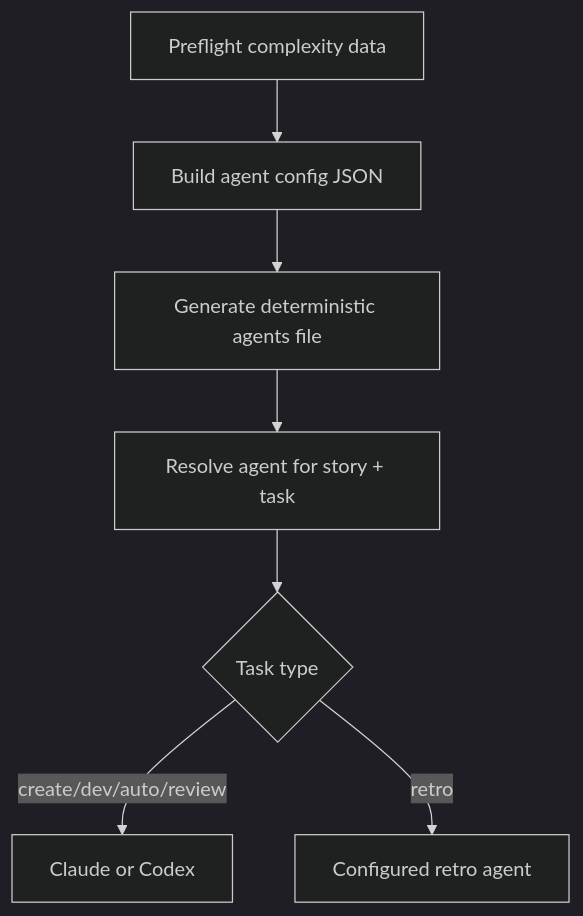
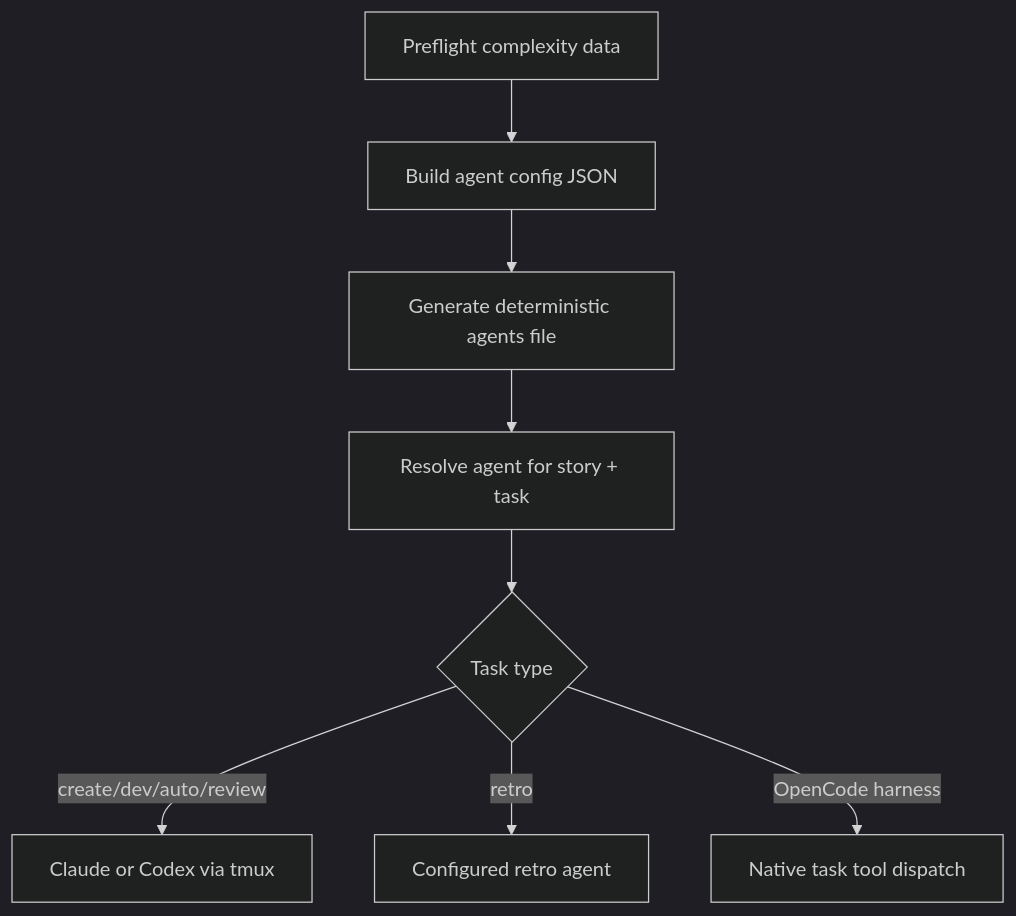
The first of 5 diagrams in docs/agents-and-monitoring.md (lcapriottiunicef/bmad-automator), drawn with Mermaid (dark theme) before and after one commit. The commit also changed other lines of this file and 9 other files, not shown here.

````diff
--- a/docs/agents-and-monitoring.md
+++ b/docs/agents-and-monitoring.md
@@ -21,9 +35,10 @@
 ```mermaid
 flowchart TD
     A["Preflight complexity data"] --> B["Build agent config JSON"]
     B --> C["Generate deterministic agents file"]
     C --> D["Resolve agent for story + task"]
     D --> E{"Task type"}
-    E -->|create/dev/auto/review| F["Claude or Codex"]
+    E -->|create/dev/auto/review| F["Claude or Codex via tmux"]
     E -->|retro| G["Configured retro agent"]
+    E -->|OpenCode harness| H["Native task tool dispatch"]
 ```
````
